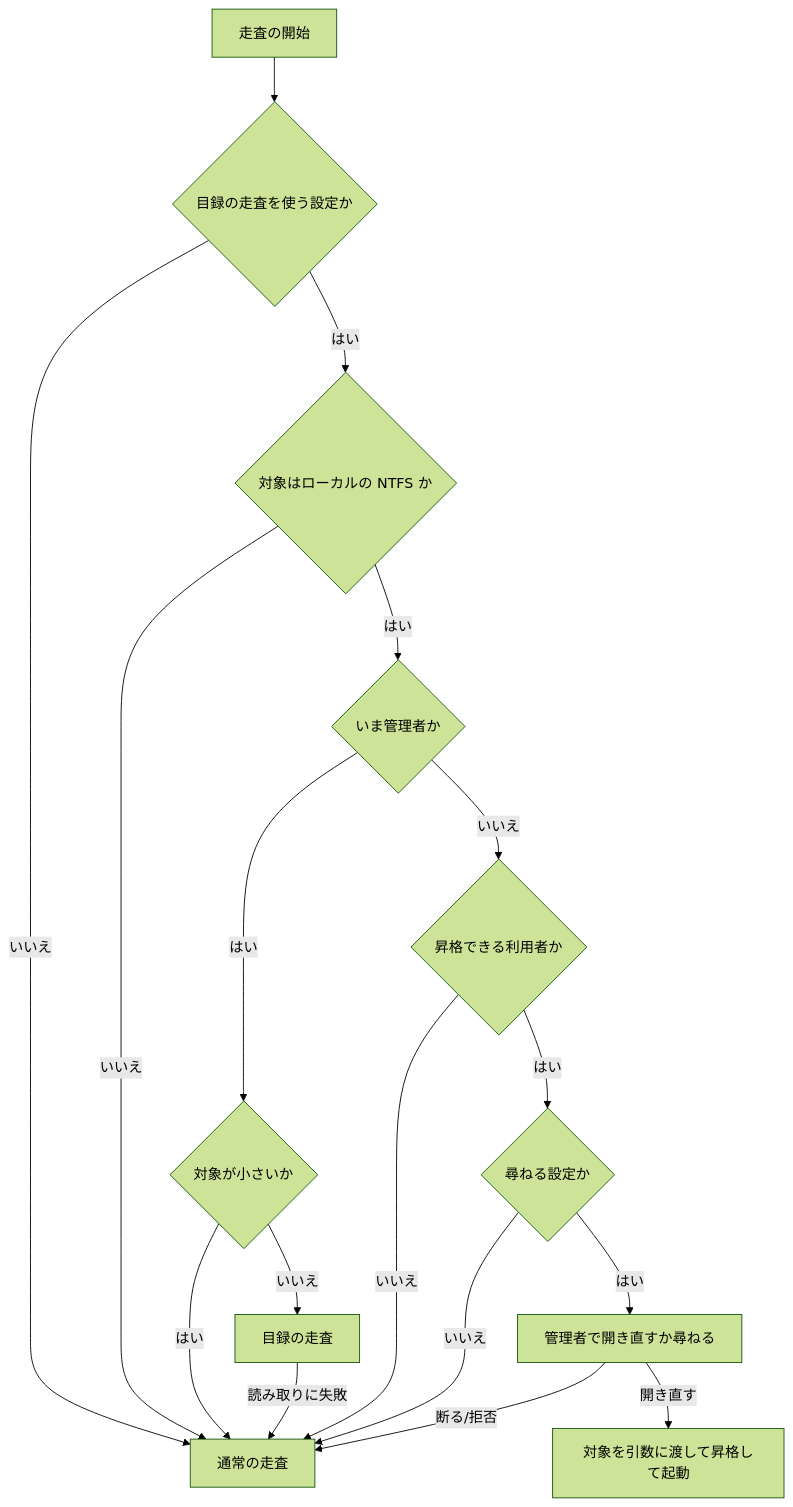
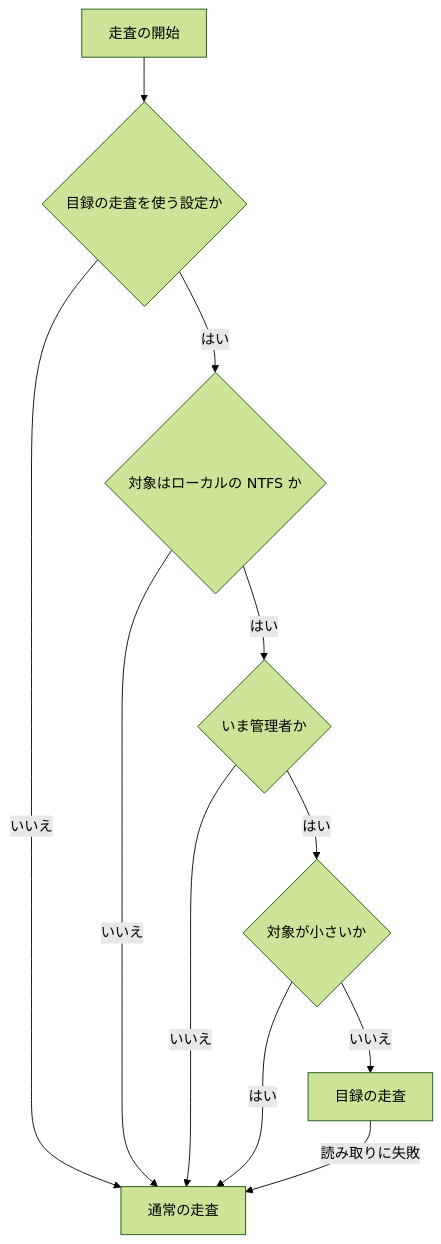
The second of 3 diagrams in .kiro/specs/ntfs-mft-scan/design.md (Ryoma-h777/LargeFolderFinder), drawn with Mermaid (forest theme) before and after one commit. The commit also changed other lines of this file and 1 other file, not shown here.

````diff
--- a/.kiro/specs/ntfs-mft-scan/design.md
+++ b/.kiro/specs/ntfs-mft-scan/design.md
@@ -124,19 +122,13 @@
 ```mermaid
 graph TB
     Start[走査の開始] --> Cfg{目録の走査を使う設定か}
     Cfg -- いいえ --> Normal[通常の走査]
     Cfg -- はい --> Local{対象はローカルの NTFS か}
     Local -- いいえ --> Normal
     Local -- はい --> Admin{いま管理者か}
+    Admin -- いいえ --> Normal
     Admin -- はい --> Small{対象が小さいか}
     Small -- はい --> Normal
     Small -- いいえ --> Mft[目録の走査]
-    Admin -- いいえ --> CanElev{昇格できる利用者か}
-    CanElev -- いいえ --> Normal
-    CanElev -- はい --> Ask{尋ねる設定か}
-    Ask -- いいえ --> Normal
-    Ask -- はい --> Dialog[管理者で開き直すか尋ねる]
-    Dialog -- 断る/拒否 --> Normal
-    Dialog -- 開き直す --> Restart[対象を引数に渡して昇格して起動]
     Mft -- 読み取りに失敗 --> Normal
 ```
````
